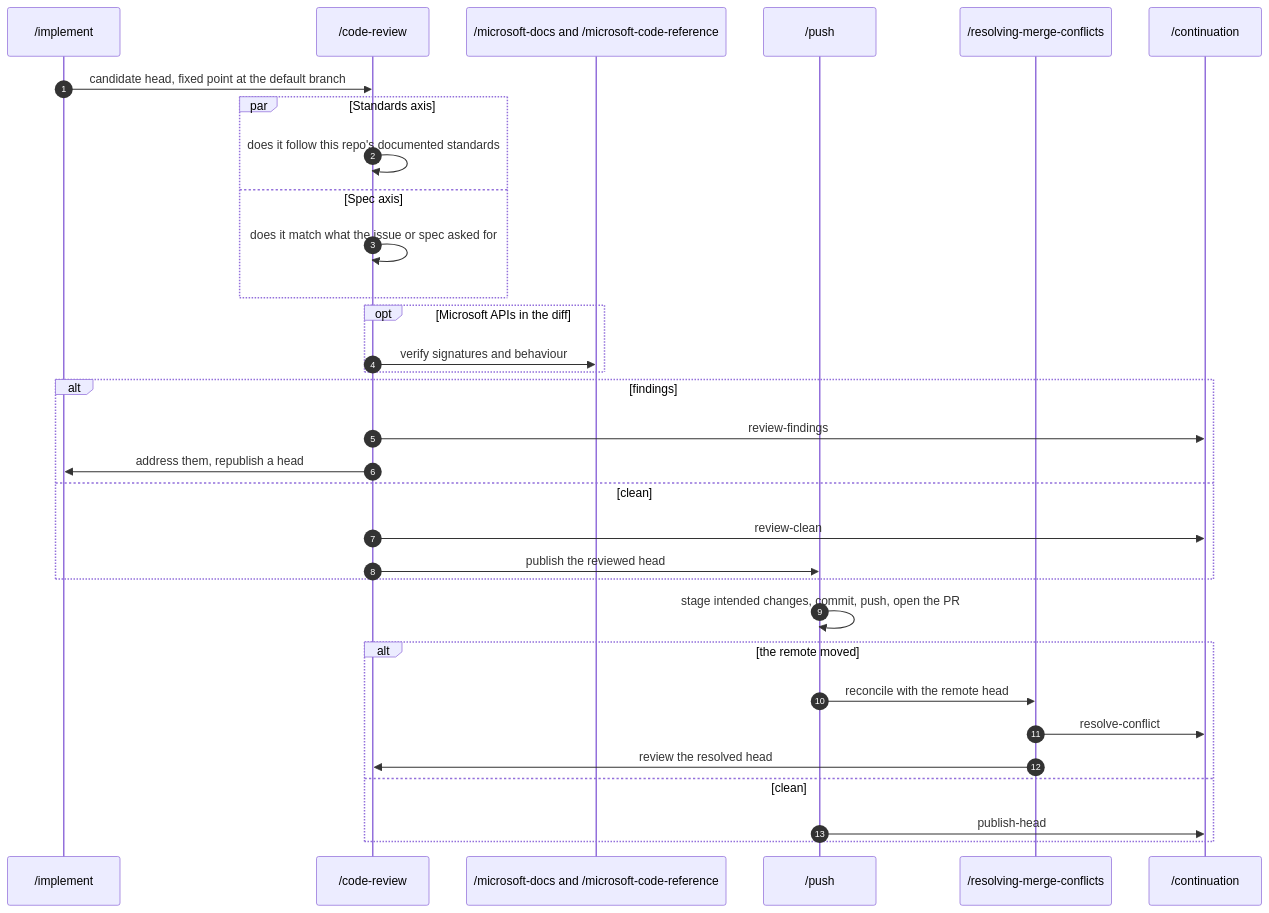
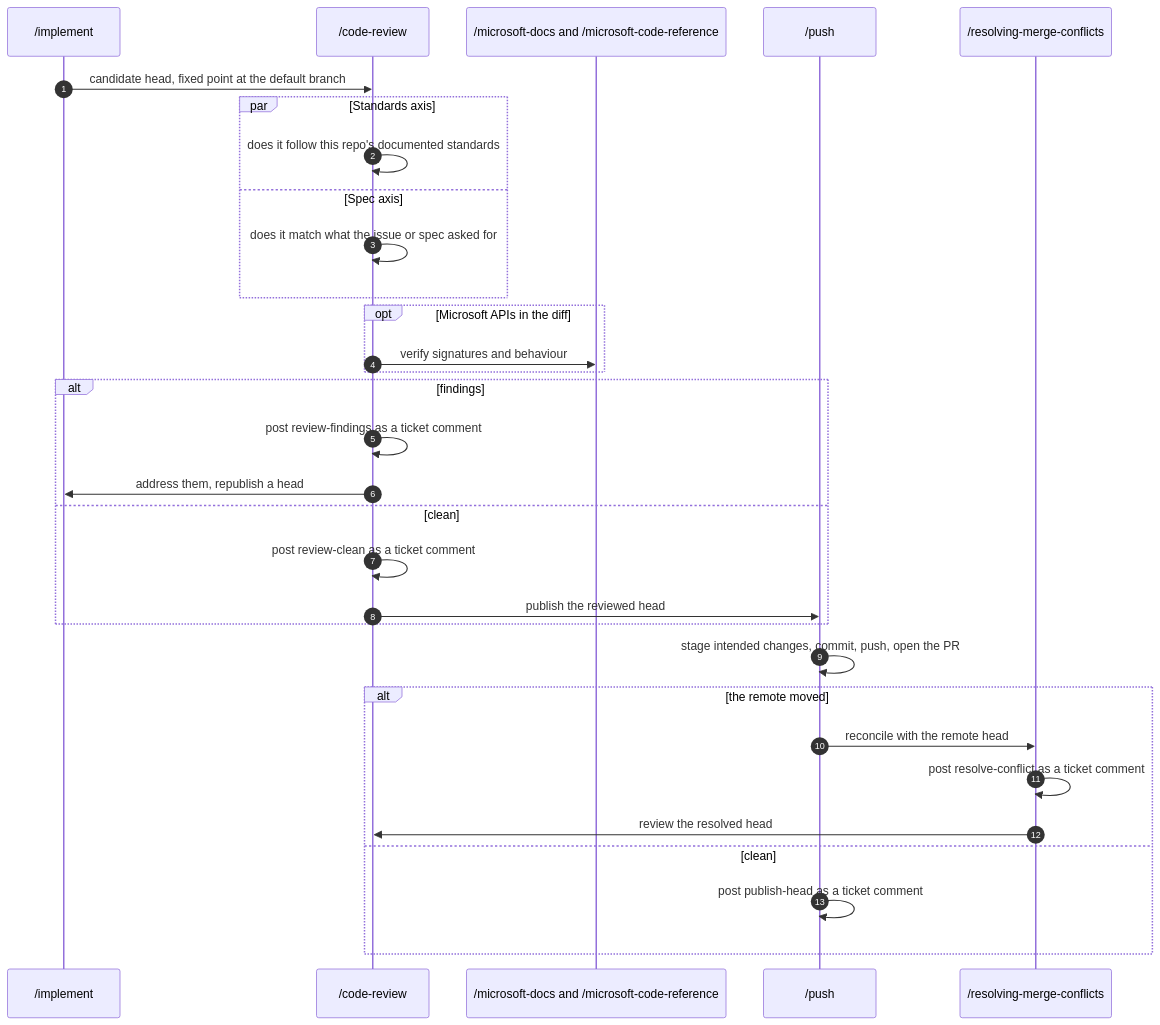
Before and after one commit to bradcstevens/git-loopy-skills: the eighth of 12 diagrams in docs/skill-connections.md, drawn with Mermaid. The commit also changed other lines of this file and 20 other files, not shown here.

````diff
--- a/docs/skill-connections.md
+++ b/docs/skill-connections.md
@@ -373,38 +345,37 @@
 ```mermaid
 sequenceDiagram
     autonumber
     participant IM as /implement
     participant CR as /code-review
     participant MS as /microsoft-docs and /microsoft-code-reference
     participant PU as /push
     participant RMC as /resolving-merge-conflicts
-    participant CN as /continuation
 
     IM->>CR: candidate head, fixed point at the default branch
 
     par Standards axis
         CR->>CR: does it follow this repo's documented standards
     and Spec axis
         CR->>CR: does it match what the issue or spec asked for
     end
     opt Microsoft APIs in the diff
         CR->>MS: verify signatures and behaviour
     end
 
     alt findings
-        CR->>CN: review-findings
+        CR->>CR: post review-findings as a ticket comment
         CR->>IM: address them, republish a head
     else clean
-        CR->>CN: review-clean
+        CR->>CR: post review-clean as a ticket comment
         CR->>PU: publish the reviewed head
     end
 
     PU->>PU: stage intended changes, commit, push, open the PR
     alt the remote moved
         PU->>RMC: reconcile with the remote head
-        RMC->>CN: resolve-conflict
+        RMC->>RMC: post resolve-conflict as a ticket comment
         RMC->>CR: review the resolved head
     else clean
-        PU->>CN: publish-head
+        PU->>PU: post publish-head as a ticket comment
     end
 ```
````
